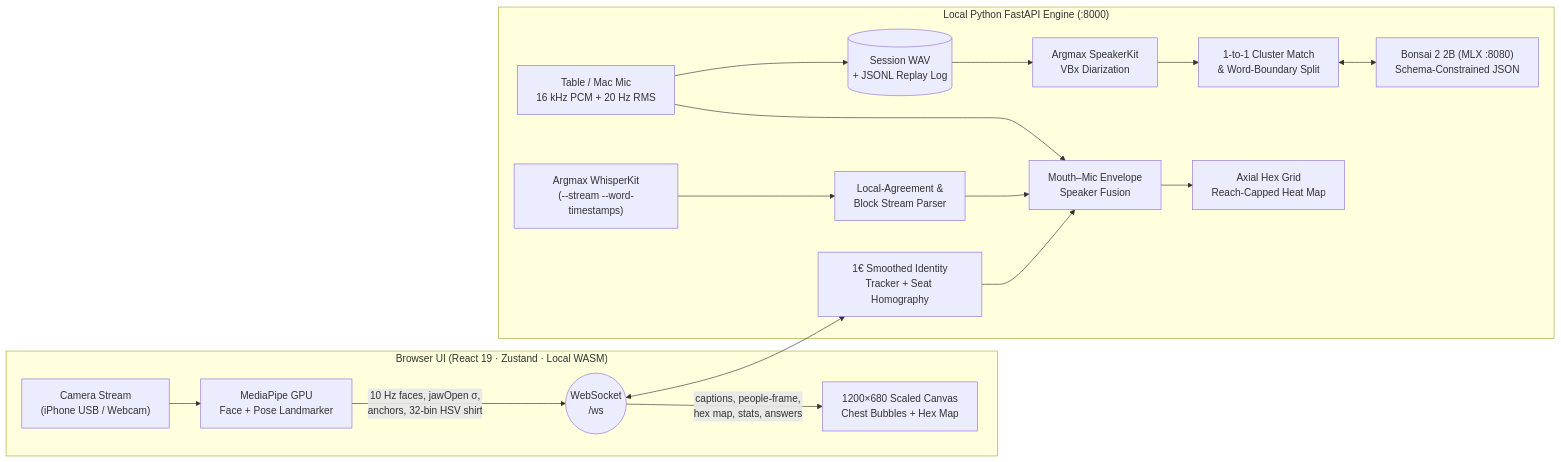
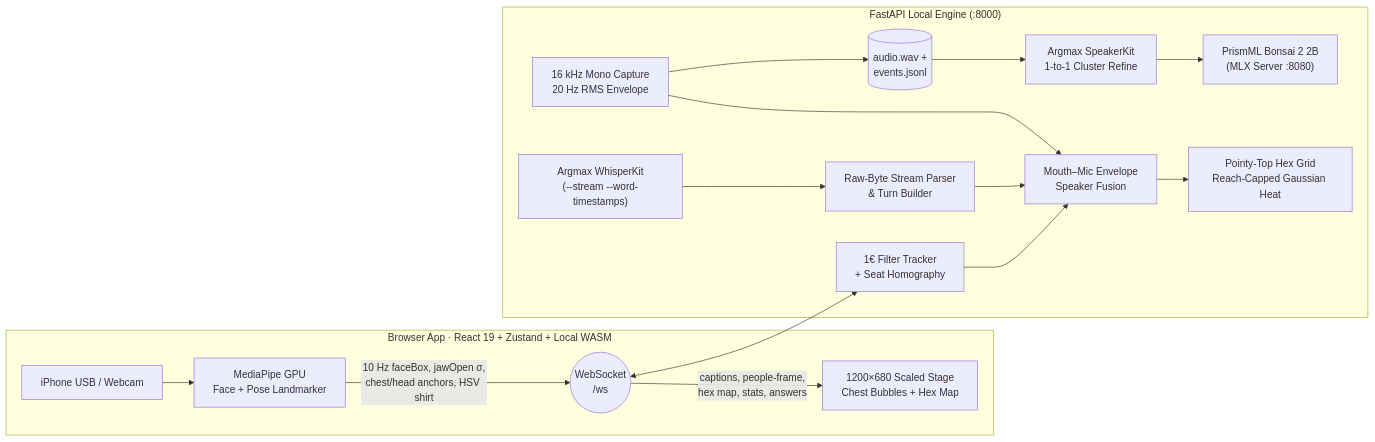
One commit to yoavmuscal/Roundtable changed the diagram in README.md. Above: the diagram before and after it, drawn with Mermaid. The commit also changed other lines of this file and 10 other files, not shown here.

First line of the commit message:
Fix live heatmap reset, 3s SpeakerKit enrollment verification, and showcase README

````diff
--- a/README.md
+++ b/README.md
@@ -59,21 +118,20 @@
 ```mermaid
 flowchart LR
-  subgraph Browser["Browser UI (React 19 · Zustand · Local WASM)"]
-    Cam["Camera Stream<br/>(iPhone USB / Webcam)"] --> MP["MediaPipe GPU<br/>Face + Pose Landmarker"]
-    MP -->|"10 Hz faces, jawOpen σ,<br/>anchors, 32-bin HSV shirt"| WS(("WebSocket<br/>/ws"))
-    WS -->|"captions, people-frame,<br/>hex map, stats, answers"| Stage["1200×680 Scaled Canvas<br/>Chest Bubbles + Hex Map"]
+  subgraph Browser["Browser App · React 19 + Zustand + Local WASM"]
+    Cam["iPhone USB / Webcam"] --> MP["MediaPipe GPU<br/>Face + Pose Landmarker"]
+    MP -->|"10 Hz faceBox, jawOpen σ,<br/>chest/head anchors, HSV shirt"| WS(("WebSocket<br/>/ws"))
+    WS -->|"captions, people-frame,<br/>hex map, stats, answers"| Canvas["1200×680 Scaled Stage<br/>Chest Bubbles + Hex Map"]
   end
 
-  subgraph Backend["Local Python FastAPI Engine (:8000)"]
-    Mic["Table / Mac Mic<br/>16 kHz PCM + 20 Hz RMS"] --> Fusion["Mouth–Mic Envelope<br/>Speaker Fusion"]
-    Stream["Argmax WhisperKit<br/>(--stream --word-timestamps)"] --> Parser["Local-Agreement &<br/>Block Stream Parser"]
-    WS <--> Tracker["1€ Smoothed Identity<br/>Tracker + Seat Homography"]
+  subgraph Backend["FastAPI Local Engine (:8000)"]
+    Mic["16 kHz Mono Capture<br/>20 Hz RMS Envelope"] --> Fusion["Mouth–Mic Envelope<br/>Speaker Fusion"]
+    WK["Argmax WhisperKit<br/>(--stream --word-timestamps)"] --> Parser["Raw-Byte Stream Parser<br/>& Turn Builder"]
+    WS <--> Tracker["1€ Filter Tracker<br/>+ Seat Homography"]
     Tracker --> Fusion
     Parser --> Fusion
-    Fusion --> Heat["Axial Hex Grid<br/>Reach-Capped Heat Map"]
-    Mic --> WAV[("Session WAV<br/>+ JSONL Replay Log")]
-    WAV --> SK["Argmax SpeakerKit<br/>VBx Diarization"]
-    SK --> Refine["1-to-1 Cluster Match<br/>& Word-Boundary Split"]
-    Refine <--> Bonsai["Bonsai 2 2B (MLX :8080)<br/>Schema-Constrained JSON"]
+    Fusion --> Heat["Pointy-Top Hex Grid<br/>Reach-Capped Gaussian Heat"]
+    Mic --> Store[("audio.wav +<br/>events.jsonl")]
+    Store --> SK["Argmax SpeakerKit<br/>1-to-1 Cluster Refine"]
+    SK --> Bonsai["PrismML Bonsai 2 2B<br/>(MLX Server :8080)"]
   end
 ```
````
